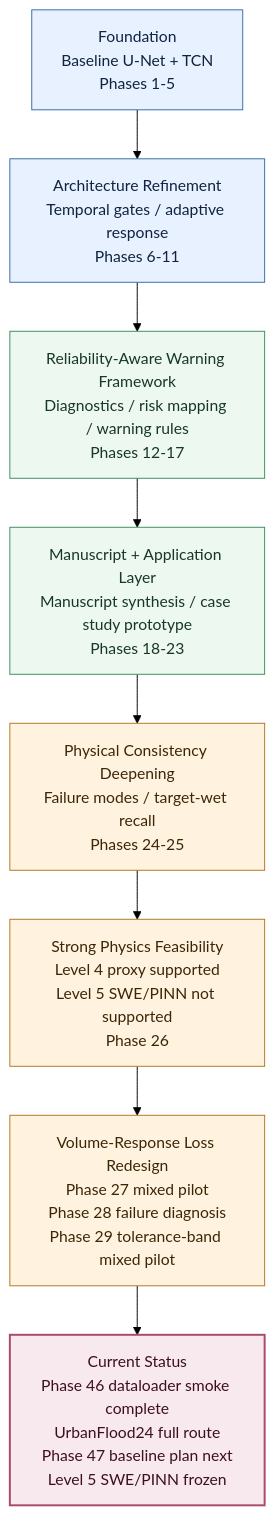
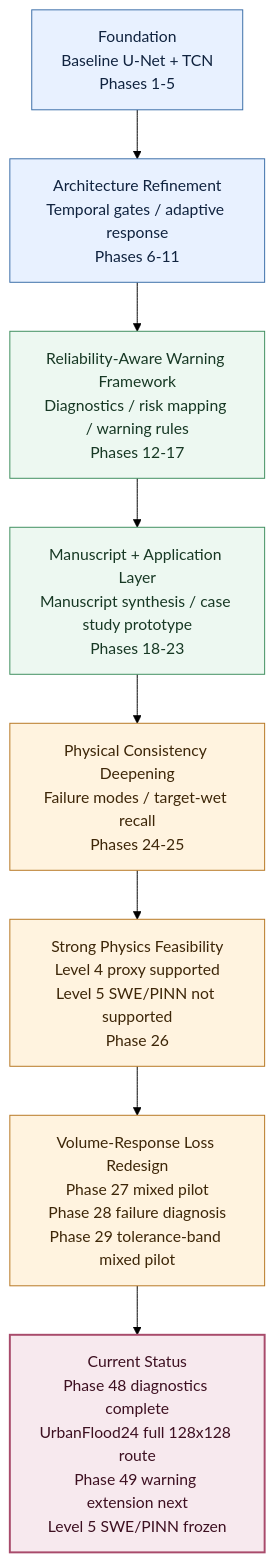
One commit to HolyLin990604/physics-guided-urban-flood-prediction changed the second of 3 diagrams in README.md. Above: the diagram before and after it, drawn with Mermaid (forest theme). The commit also changed other lines of this file and 2 other files, not shown here.

Commit message:
docs: sync phase48 full dataset reliability diagnostics status

````diff
--- a/README.md
+++ b/README.md
@@ -28,18 +28,18 @@
 ```mermaid
 flowchart TB
     A["Foundation<br/>Baseline U-Net + TCN<br/>Phases 1-5"]:::foundation
     B["Architecture Refinement<br/>Temporal gates / adaptive response<br/>Phases 6-11"]:::foundation
     C["Reliability-Aware Warning Framework<br/>Diagnostics / risk mapping / warning rules<br/>Phases 12-17"]:::reliability
     D["Manuscript + Application Layer<br/>Manuscript synthesis / case study prototype<br/>Phases 18-23"]:::reliability
     E["Physical Consistency Deepening<br/>Failure modes / target-wet recall<br/>Phases 24-25"]:::physics
     F["Strong Physics Feasibility<br/>Level 4 proxy supported<br/>Level 5 SWE/PINN not supported<br/>Phase 26"]:::physics
     G["Volume-Response Loss Redesign<br/>Phase 27 mixed pilot<br/>Phase 28 failure diagnosis<br/>Phase 29 tolerance-band mixed pilot"]:::physics
-    H["Current Status<br/>Phase 46 dataloader smoke complete<br/>UrbanFlood24 full route<br/>Phase 47 baseline plan next<br/>Level 5 SWE/PINN frozen"]:::current
+    H["Current Status<br/>Phase 48 diagnostics complete<br/>UrbanFlood24 full 128x128 route<br/>Phase 49 warning extension next<br/>Level 5 SWE/PINN frozen"]:::current
 
     A --> B --> C --> D --> E --> F --> G --> H
 
     classDef foundation fill:#e8f1ff,stroke:#3b6ea8,stroke-width:1px,color:#10233f
     classDef reliability fill:#edf8f1,stroke:#3f8f5f,stroke-width:1px,color:#173824
     classDef physics fill:#fff3df,stroke:#b77722,stroke-width:1px,color:#3d2608
     classDef current fill:#f7e9ee,stroke:#a84b6b,stroke-width:2px,color:#3d1021
 ```
````
